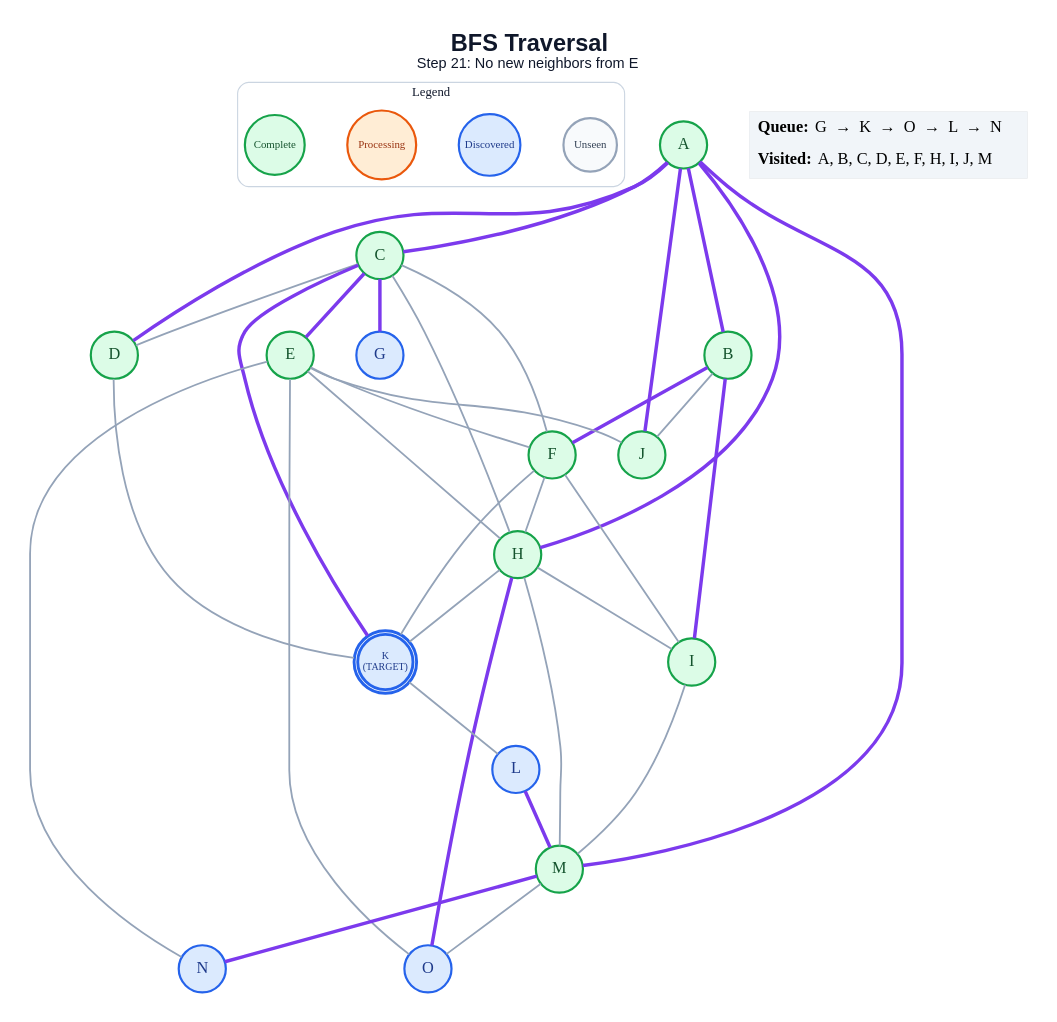
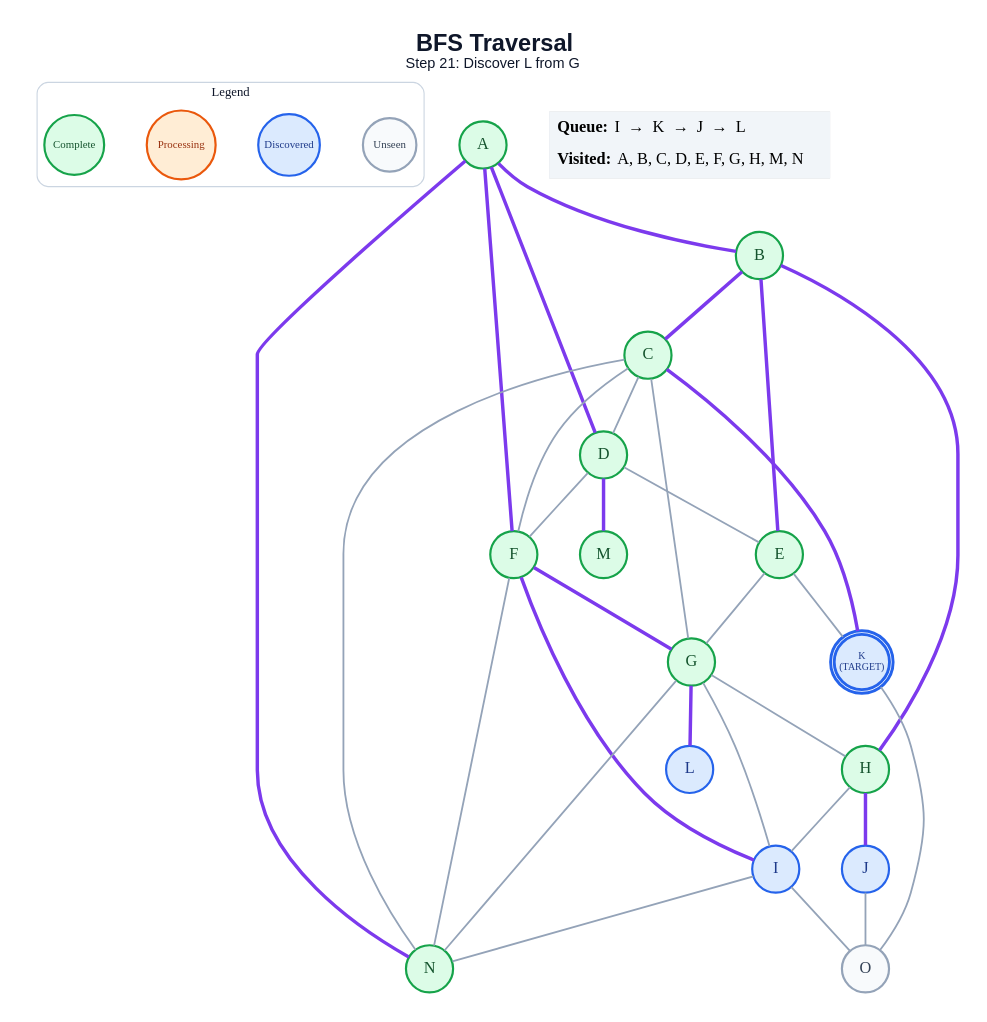
One commit to anon7238593-create/ai-slop changed the diagram in generated/bfs/step_21.dot. Above: the diagram before and after it, drawn with Graphviz. The commit also changed 240 other files, not shown here.

```diff
--- a/generated/bfs/step_21.dot
+++ b/generated/bfs/step_21.dot
@@ -1,67 +1,64 @@
 graph traversal {
   graph [layout=dot, rankdir=TB, bgcolor="#FFFFFF", pad="0.35", nodesep="0.65", ranksep="0.8", fontname="Arial"];
   node [shape=circle, style="filled", fontname="Arial Bold", fontsize=18, width=0.72, fixedsize=true, penwidth=2.4];
   edge [color="#94A3B8", penwidth=2.0];
-  label=<<B>BFS Traversal</B><BR/><FONT POINT-SIZE="16">Step 21: No new neighbors from E</FONT>>; labelloc="t"; fontsize=26; fontname="Arial"; fontcolor="#0F172A";
+  label=<<B>BFS Traversal</B><BR/><FONT POINT-SIZE="16">Step 21: Discover L from G</FONT>>; labelloc="t"; fontsize=26; fontname="Arial"; fontcolor="#0F172A";
   subgraph cluster_legend { label="Legend"; color="#CBD5E1"; penwidth=1.2; style="rounded"; fontsize=14; fontname="Arial Bold";
     key_unseen [label="Unseen", fillcolor="#F8FAFC", color="#94A3B8", fontcolor="#334155", fontsize=12, width=0.82];
     key_frontier [label="Discovered", fillcolor="#DBEAFE", color="#2563EB", fontcolor="#1E3A8A", fontsize=12, width=0.95];
     key_current [label="Processing", fillcolor="#FFEDD5", color="#EA580C", fontcolor="#9A3412", fontsize=12, width=1.05];
     key_done [label="Complete", fillcolor="#DCFCE7", color="#16A34A", fontcolor="#14532D", fontsize=12, width=0.92];
     { rank=same; key_unseen; key_frontier; key_current; key_done; }
   }
   A [label="A", fillcolor="#DCFCE7", color="#16A34A", fontcolor="#14532D", peripheries=1, penwidth=2.4];
   B [label="B", fillcolor="#DCFCE7", color="#16A34A", fontcolor="#14532D", peripheries=1, penwidth=2.4];
   C [label="C", fillcolor="#DCFCE7", color="#16A34A", fontcolor="#14532D", peripheries=1, penwidth=2.4];
   D [label="D", fillcolor="#DCFCE7", color="#16A34A", fontcolor="#14532D", peripheries=1, penwidth=2.4];
   E [label="E", fillcolor="#DCFCE7", color="#16A34A", fontcolor="#14532D", peripheries=1, penwidth=2.4];
   F [label="F", fillcolor="#DCFCE7", color="#16A34A", fontcolor="#14532D", peripheries=1, penwidth=2.4];
-  G [label="G", fillcolor="#DBEAFE", color="#2563EB", fontcolor="#1E3A8A", peripheries=1, penwidth=2.4];
+  G [label="G", fillcolor="#DCFCE7", color="#16A34A", fontcolor="#14532D", peripheries=1, penwidth=2.4];
   H [label="H", fillcolor="#DCFCE7", color="#16A34A", fontcolor="#14532D", peripheries=1, penwidth=2.4];
-  I [label="I", fillcolor="#DCFCE7", color="#16A34A", fontcolor="#14532D", peripheries=1, penwidth=2.4];
-  J [label="J", fillcolor="#DCFCE7", color="#16A34A", fontcolor="#14532D", peripheries=1, penwidth=2.4];
+  I [label="I", fillcolor="#DBEAFE", color="#2563EB", fontcolor="#1E3A8A", peripheries=1, penwidth=2.4];
+  J [label="J", fillcolor="#DBEAFE", color="#2563EB", fontcolor="#1E3A8A", peripheries=1, penwidth=2.4];
   K [label="K\n(TARGET)", fillcolor="#DBEAFE", color="#2563EB", fontcolor="#1E3A8A", peripheries=2, penwidth=3.2, fontsize=11, width=0.85, height=0.85];
   L [label="L", fillcolor="#DBEAFE", color="#2563EB", fontcolor="#1E3A8A", peripheries=1, penwidth=2.4];
   M [label="M", fillcolor="#DCFCE7", color="#16A34A", fontcolor="#14532D", peripheries=1, penwidth=2.4];
-  N [label="N", fillcolor="#DBEAFE", color="#2563EB", fontcolor="#1E3A8A", peripheries=1, penwidth=2.4];
-  O [label="O", fillcolor="#DBEAFE", color="#2563EB", fontcolor="#1E3A8A", peripheries=1, penwidth=2.4];
+  N [label="N", fillcolor="#DCFCE7", color="#16A34A", fontcolor="#14532D", peripheries=1, penwidth=2.4];
+  O [label="O", fillcolor="#F8FAFC", color="#94A3B8", fontcolor="#334155", peripheries=1, penwidth=2.4];
   A -- B [color="#7C3AED", penwidth=3.8];
-  A -- C [color="#7C3AED", penwidth=3.8];
   A -- D [color="#7C3AED", penwidth=3.8];
-  A -- H [color="#7C3AED", penwidth=3.8];
-  A -- J [color="#7C3AED", penwidth=3.8];
-  A -- M [color="#7C3AED", penwidth=3.8];
-  B -- F [color="#7C3AED", penwidth=3.8];
-  B -- I [color="#7C3AED", penwidth=3.8];
-  B -- J;
+  A -- F [color="#7C3AED", penwidth=3.8];
+  A -- N [color="#7C3AED", penwidth=3.8];
+  B -- C [color="#7C3AED", penwidth=3.8];
+  B -- E [color="#7C3AED", penwidth=3.8];
+  B -- H [color="#7C3AED", penwidth=3.8];
   C -- D;
-  C -- E [color="#7C3AED", penwidth=3.8];
   C -- F;
-  C -- G [color="#7C3AED", penwidth=3.8];
-  C -- H;
+  C -- G;
   C -- K [color="#7C3AED", penwidth=3.8];
-  D -- K;
-  E -- F;
-  E -- H;
-  E -- J;
-  E -- N;
-  E -- O;
-  F -- H;
-  F -- I;
-  F -- K;
+  C -- N;
+  D -- E;
+  D -- F;
+  D -- M [color="#7C3AED", penwidth=3.8];
+  E -- G;
+  E -- K;
+  F -- G [color="#7C3AED", penwidth=3.8];
+  F -- I [color="#7C3AED", penwidth=3.8];
+  F -- N;
+  G -- H;
+  G -- I;
+  G -- L [color="#7C3AED", penwidth=3.8];
+  G -- N;
   H -- I;
-  H -- K;
-  H -- M;
-  H -- O [color="#7C3AED", penwidth=3.8];
-  I -- M;
-  K -- L;
-  L -- M [color="#7C3AED", penwidth=3.8];
-  M -- N [color="#7C3AED", penwidth=3.8];
-  M -- O;
+  H -- J [color="#7C3AED", penwidth=3.8];
+  I -- N;
+  I -- O;
+  J -- O;
+  K -- O;
   status [shape=plain, fixedsize=false, width=0, height=0, margin=0, label=<
     <TABLE BORDER="0" CELLBORDER="0" CELLPADDING="7" BGCOLOR="#F1F5F9">
-      <TR><TD ALIGN="LEFT"><B>Queue:</B> G  →  K  →  O  →  L  →  N</TD></TR>
-      <TR><TD ALIGN="LEFT"><B>Visited:</B> A, B, C, D, E, F, H, I, J, M</TD></TR>
+      <TR><TD ALIGN="LEFT"><B>Queue:</B> I  →  K  →  J  →  L</TD></TR>
+      <TR><TD ALIGN="LEFT"><B>Visited:</B> A, B, C, D, E, F, G, H, M, N</TD></TR>
     </TABLE>
   >];
 }
```
